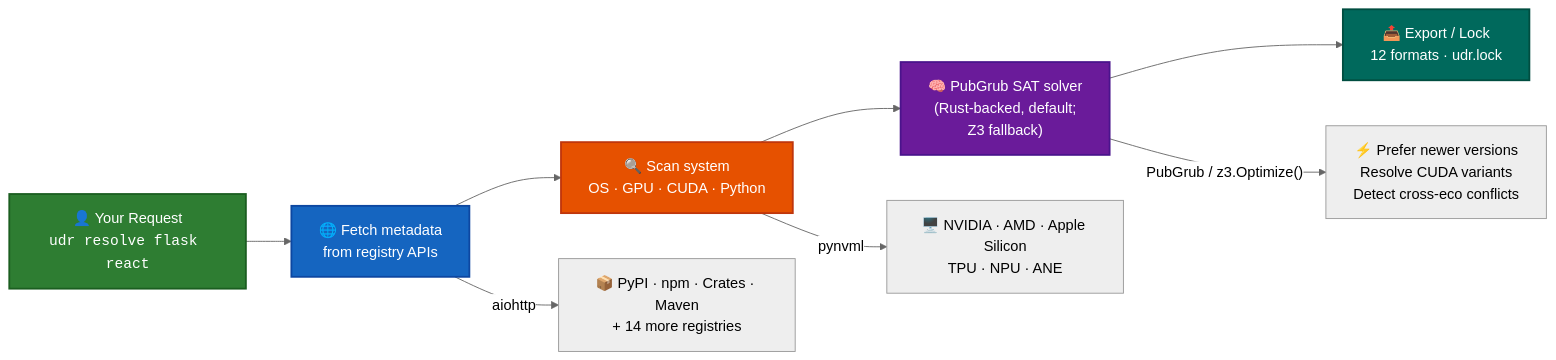
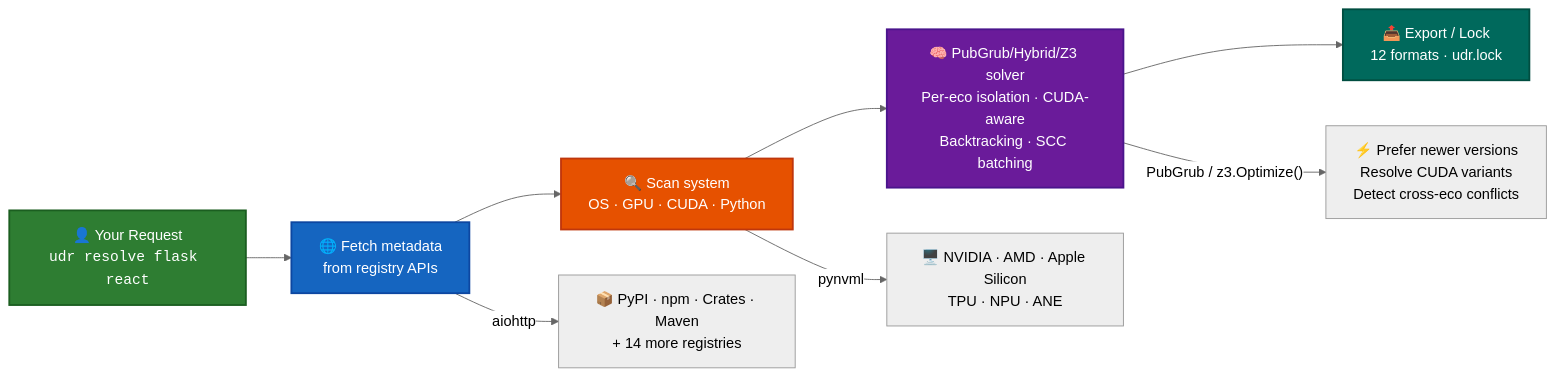
One commit to code-with-zeeshan/universal-dependency-resolver changed the diagram in README.md. Above: the diagram before and after it, drawn with Mermaid (neutral theme). The commit also changed other lines of this file and 43 other files, not shown here.

Commit message:
Session 2026-07-13 (cont.) — 5 new ecosystems (Vcpkg, Conan, Docker, Helm, Terraform) + D3 graph viz + 2 bug fixes

````diff
--- a/README.md
+++ b/README.md
@@ -184,18 +196,18 @@
 ```mermaid
 flowchart LR
     A["👤 Your Request<br/><code>udr resolve flask react</code>"] --> B
     B["🌐 Fetch metadata<br/>from registry APIs"] --> C
     C["🔍 Scan system<br/>OS · GPU · CUDA · Python"] --> D
-    D["🧠 PubGrub SAT solver<br/>(Rust-backed, default;<br/>Z3 fallback)"] --> E
+    D["🧠 PubGrub/Hybrid/Z3 solver<br/>Per-eco isolation · CUDA-aware<br/>Backtracking · SCC batching"] --> E
     E["📤 Export / Lock<br/>12 formats · udr.lock"]
 
     B -->|"aiohttp"| F["📦 PyPI · npm · Crates · Maven<br/>+ 14 more registries"]
     C -->|"pynvml"| G["🖥️ NVIDIA · AMD · Apple Silicon<br/>TPU · NPU · ANE"]
     D -->|"PubGrub / z3.Optimize()"| H["⚡ Prefer newer versions<br/>Resolve CUDA variants<br/>Detect cross-eco conflicts"]
 
     style A fill:#2e7d32,color:#fff,stroke:#1b5e20,stroke-width:2px
     style B fill:#1565c0,color:#fff,stroke:#0d47a1,stroke-width:2px
     style C fill:#e65100,color:#fff,stroke:#bf360c,stroke-width:2px
     style D fill:#6a1b9a,color:#fff,stroke:#4a148c,stroke-width:2px
     style E fill:#00695c,color:#fff,stroke:#004d40,stroke-width:2px
 ```
````
